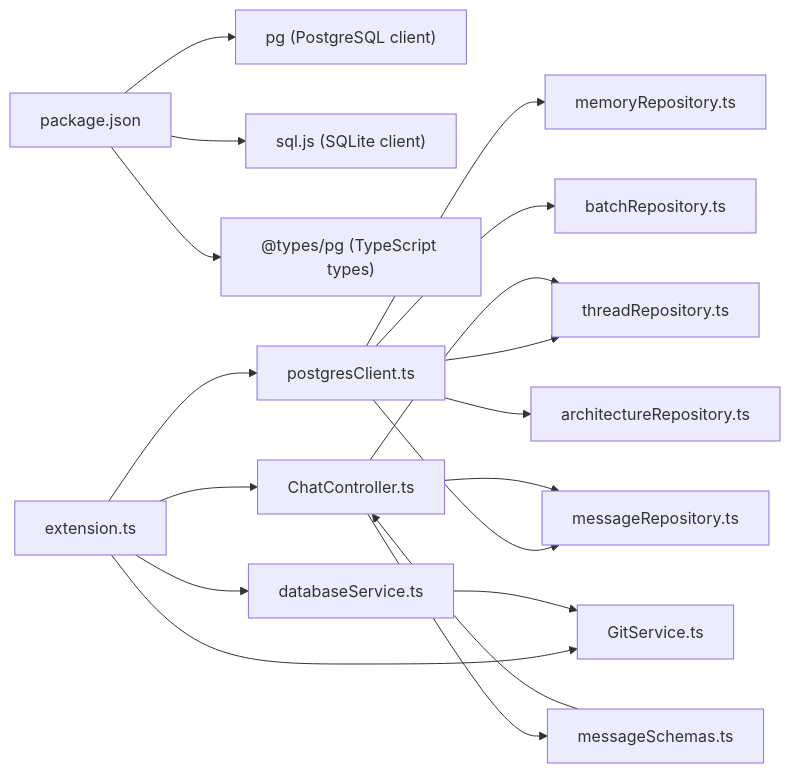
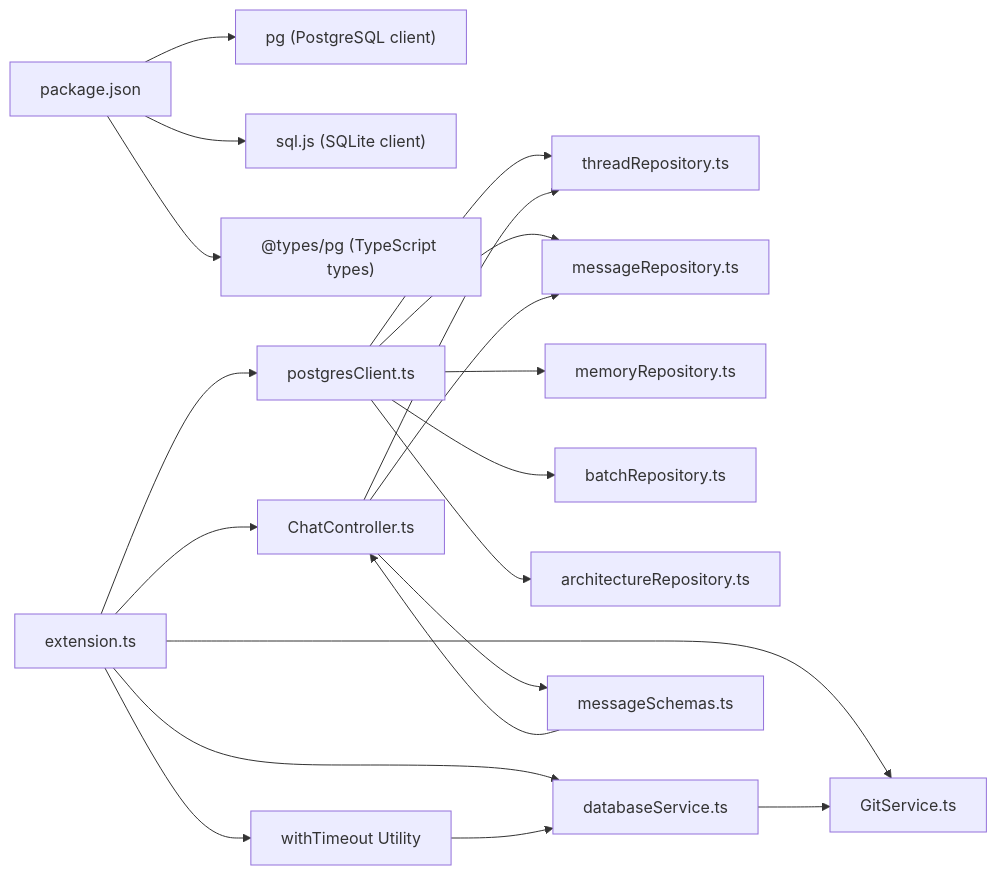
The third of 3 diagrams in .qoder/repowiki/en/content/Storage System/Database Service.md (bramburn/repomix-runner), drawn with Mermaid before and after one commit. The commit also changed other lines of this file and 14 other files, not shown here.

````diff
--- a/.qoder/repowiki/en/content/Storage System/Database Service.md
+++ b/.qoder/repowiki/en/content/Storage System/Database Service.md
@@ -671,35 +752,38 @@
 ```mermaid
 graph LR
 PKG["package.json"]
 PG["pg (PostgreSQL client)"]
 SQLJS["sql.js (SQLite client)"]
 TYPES["@types/pg (TypeScript types)"]
 EXT["extension.ts"]
 PGC["postgresClient.ts"]
 TR["threadRepository.ts"]
 MR["messageRepository.ts"]
 MEMR["memoryRepository.ts"]
 BR["batchRepository.ts"]
 AR["architectureRepository.ts"]
 DBS["databaseService.ts"]
 GS["GitService.ts"]
 CC["ChatController.ts"]
 MS["messageSchemas.ts"]
+WT["withTimeout Utility"]
 PKG --> PG
 PKG --> SQLJS
 PKG --> TYPES
 EXT --> PGC
 EXT --> DBS
 EXT --> GS
 EXT --> CC
+EXT --> WT
 PGC --> TR
 PGC --> MR
 PGC --> MEMR
 PGC --> BR
 PGC --> AR
 DBS --> GS
 CC --> TR
 CC --> MR
 CC --> MS
 MS --> CC
+WT --> DBS
 ```
````
